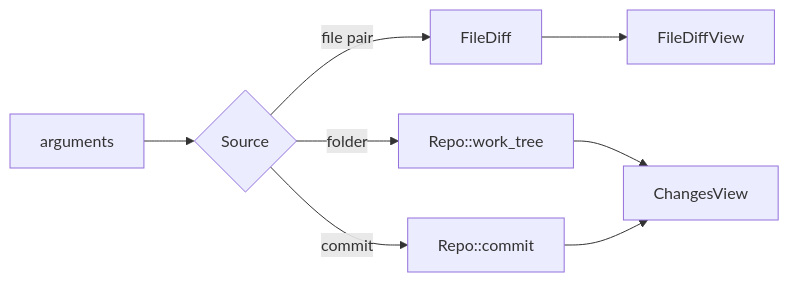
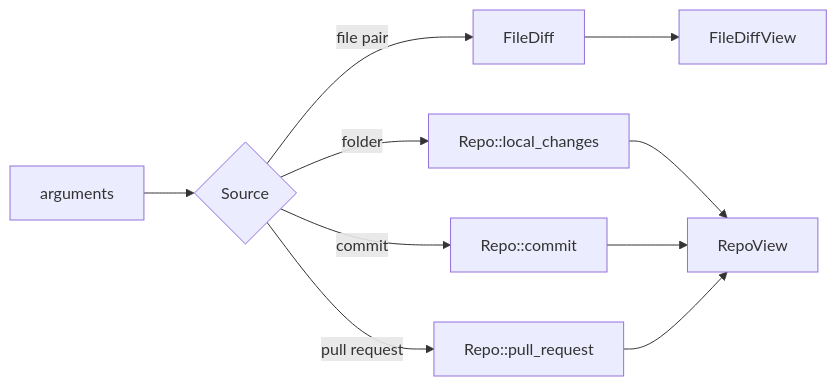
Before and after one commit to akemkers/jetdiff: the diagram in crates/jetdiff/README.md, drawn with Mermaid. The commit also changed other lines of this file and 96 other files, not shown here.

````diff
--- a/crates/jetdiff/README.md
+++ b/crates/jetdiff/README.md
@@ -19,7 +19,8 @@
 ```mermaid
 graph LR
     args[arguments] --> source{Source}
     source -- file pair --> fd[FileDiff] --> fdv[FileDiffView]
-    source -- folder --> wt[Repo::work_tree] --> cv[ChangesView]
-    source -- commit --> c[Repo::commit] --> cv
+    source -- folder --> local[Repo::local_changes] --> rv[RepoView]
+    source -- commit --> c[Repo::commit] --> rv
+    source -- pull request --> pr[Repo::pull_request] --> rv
 ```
````
